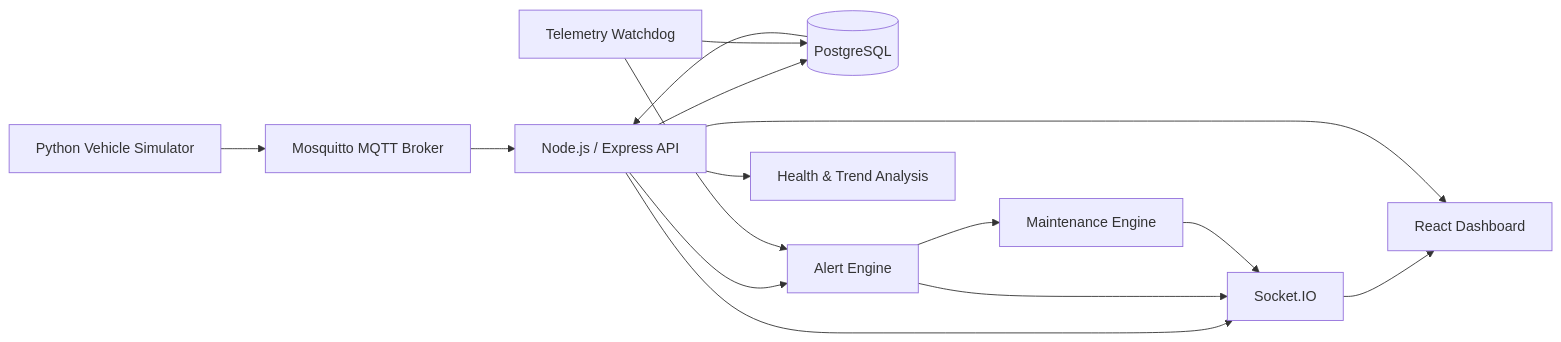
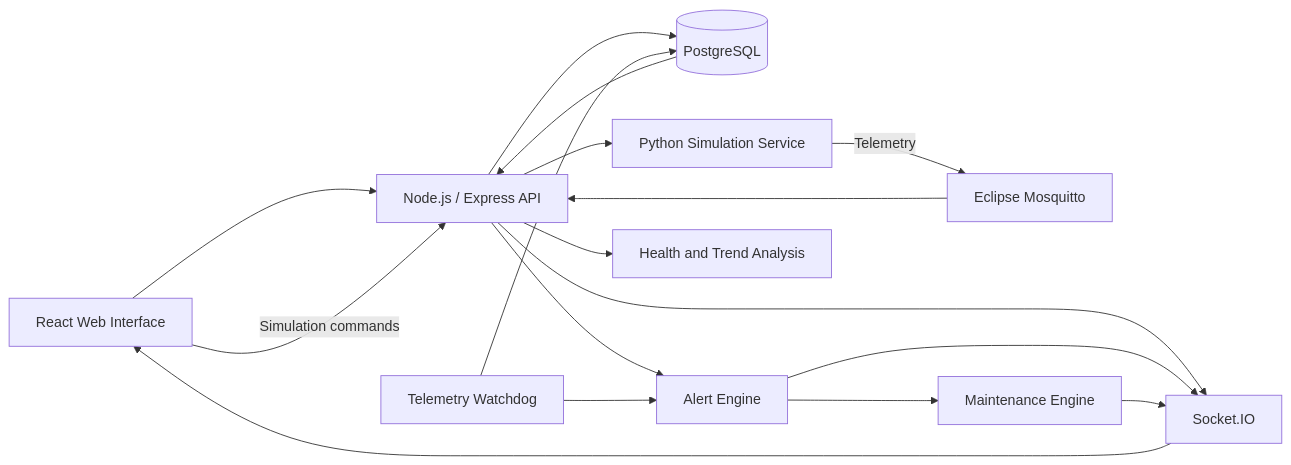
Before and after one commit to Codes051/DrivePulse: the diagram in README.md, drawn with Mermaid. The commit also changed other lines of this file, not shown here.

````diff
--- a/README.md
+++ b/README.md
@@ -225,28 +336,30 @@
 ```mermaid
 flowchart LR
-    SIM[Python Vehicle Simulator]
-    MQTT[Mosquitto MQTT Broker]
+    WEB[React Web Interface]
     API[Node.js / Express API]
     DB[(PostgreSQL)]
+    MQTT[Eclipse Mosquitto]
+    SIM[Python Simulation Service]
     ALERT[Alert Engine]
-    HEALTH[Health & Trend Analysis]
+    HEALTH[Health and Trend Analysis]
     WATCHDOG[Telemetry Watchdog]
     MAINT[Maintenance Engine]
     SOCKET[Socket.IO]
-    WEB[React Dashboard]
 
-    SIM --> MQTT
+    WEB --> API
+    WEB -->|Simulation commands| API
+    API --> SIM
+    SIM -->|Telemetry| MQTT
     MQTT --> API
     API --> DB
+    DB --> API
     API --> ALERT
     API --> HEALTH
     WATCHDOG --> DB
     WATCHDOG --> ALERT
     ALERT --> MAINT
     API --> SOCKET
     ALERT --> SOCKET
     MAINT --> SOCKET
     SOCKET --> WEB
-    DB --> API
-    API --> WEB
 ```
````
